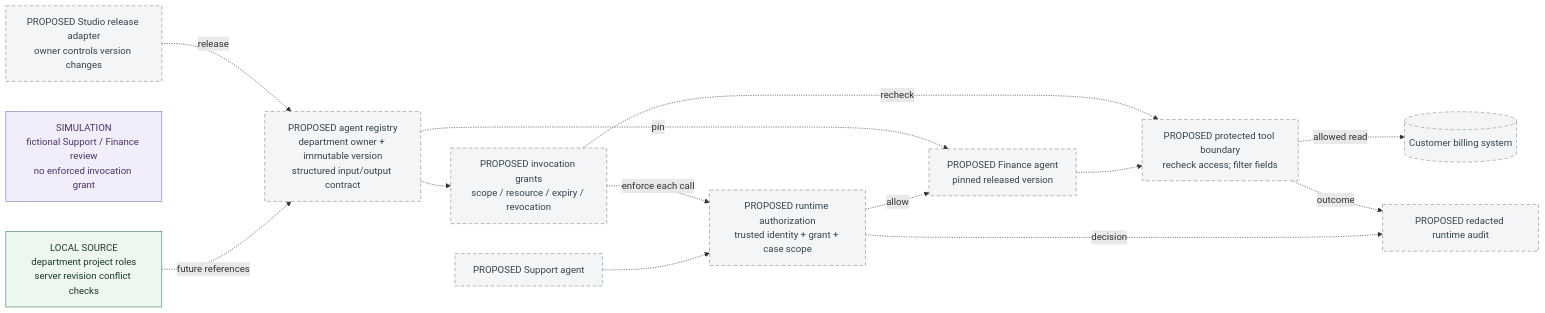
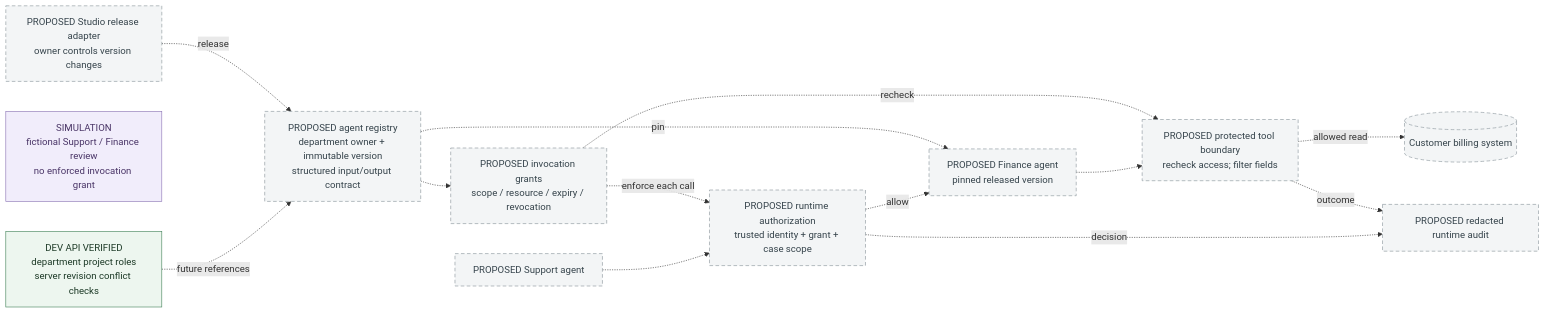
Before and after one commit to rishimunikesarwani-hub/architect-2: the second of 2 diagrams in docs/arch-engineering-drawing.md, drawn with Mermaid. The commit also changed other lines of this file and 20 other files, not shown here.

````diff
--- a/docs/arch-engineering-drawing.md
+++ b/docs/arch-engineering-drawing.md
@@ -106,29 +108,29 @@
 ```mermaid
 flowchart LR
   classDef proposed fill:#f3f5f6,stroke:#879399,stroke-dasharray:6 4,color:#35434b
   classDef simulated fill:#f1edfb,stroke:#8a73b4,color:#493466
   classDef local fill:#edf6ef,stroke:#408157,color:#1c3926
-  Projects["LOCAL SOURCE<br/>department project roles<br/>server revision conflict checks"]:::local
+  Projects["DEV API VERIFIED<br/>department project roles<br/>server revision conflict checks"]:::local
   Library["SIMULATION<br/>fictional Support / Finance review<br/>no enforced invocation grant"]:::simulated
   Registry["PROPOSED agent registry<br/>department owner + immutable version<br/>structured input/output contract"]:::proposed
   Studio["PROPOSED Studio release adapter<br/>owner controls version changes"]:::proposed
   Grants["PROPOSED invocation grants<br/>scope / resource / expiry / revocation"]:::proposed
   Support["PROPOSED Support agent"]:::proposed
   Gate["PROPOSED runtime authorization<br/>trusted identity + grant + case scope"]:::proposed
   Finance["PROPOSED Finance agent<br/>pinned released version"]:::proposed
   Tool["PROPOSED protected tool boundary<br/>recheck access; filter fields"]:::proposed
   Billing[("Customer billing system")]:::proposed
   Audit["PROPOSED redacted runtime audit"]:::proposed
   Projects -. future references .-> Registry
   Studio -. release .-> Registry
   Registry -.-> Grants
   Support -.-> Gate
   Grants -. enforce each call .-> Gate
   Gate -. allow .-> Finance
   Registry -. pin .-> Finance
   Finance -.-> Tool
   Grants -. recheck .-> Tool
   Tool -. allowed read .-> Billing
   Gate -. decision .-> Audit
   Tool -. outcome .-> Audit
 ```
````
